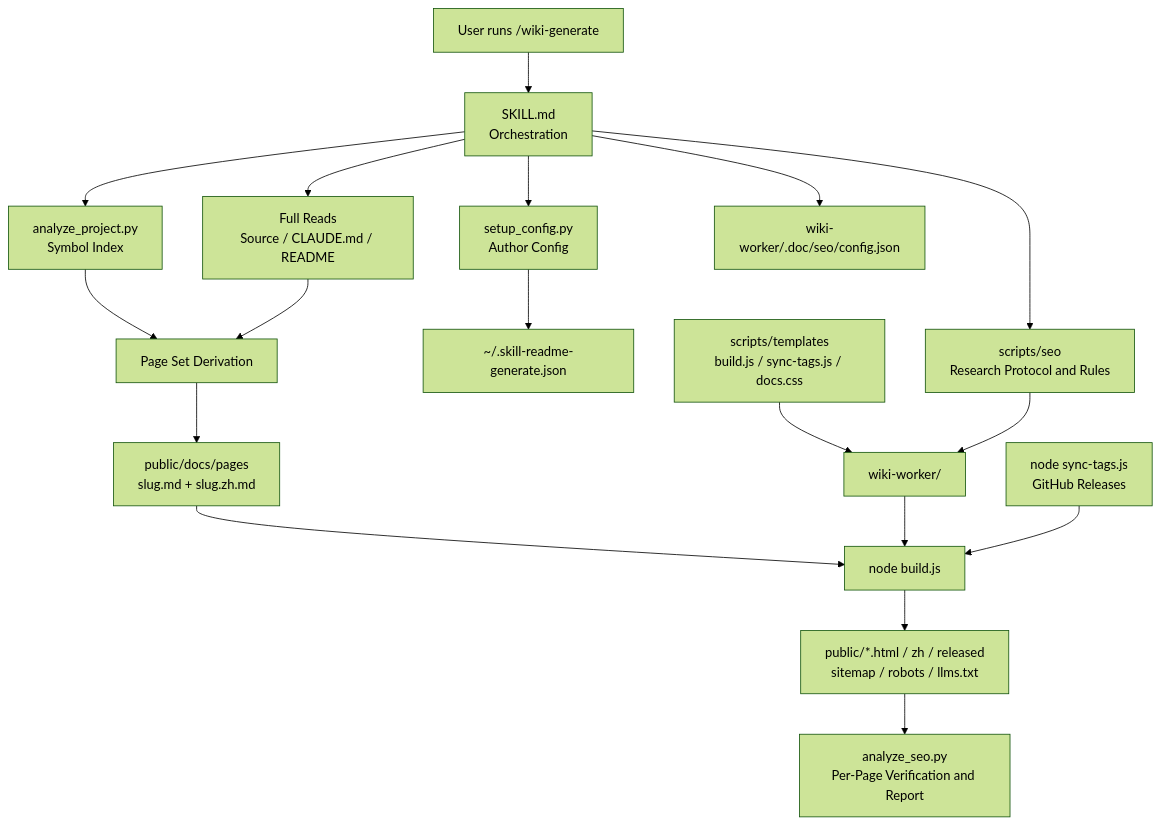
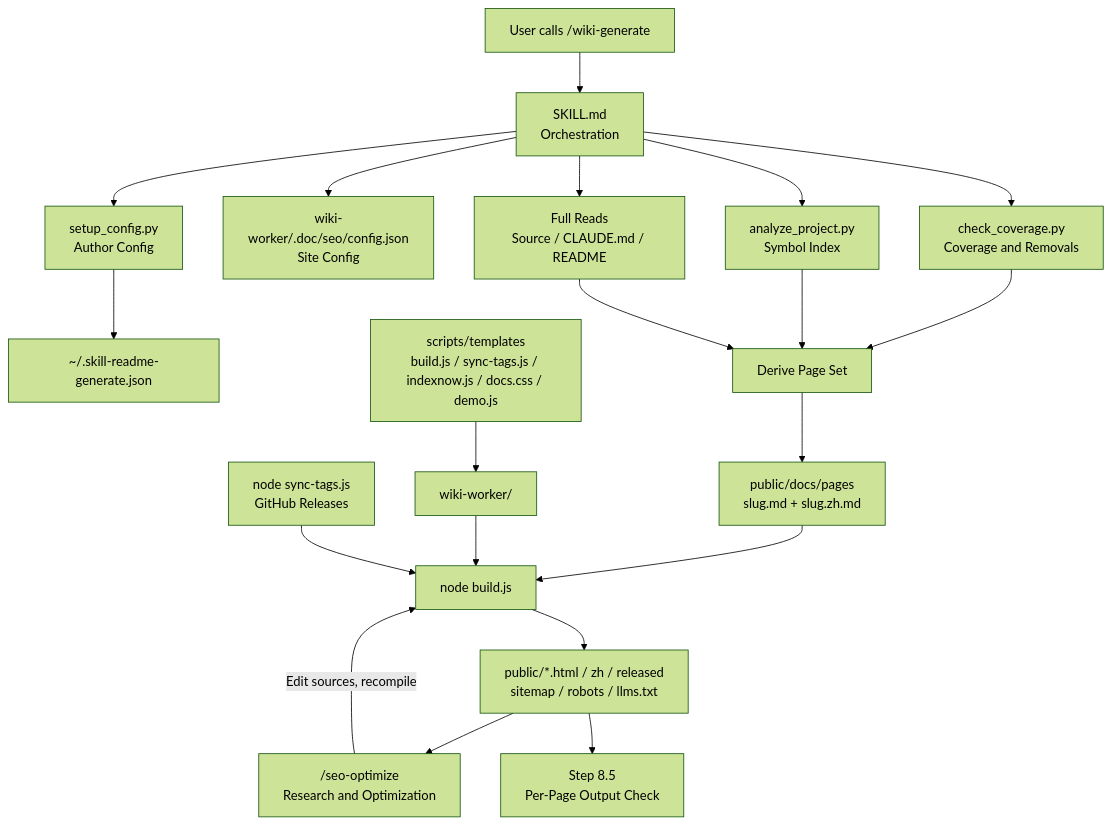
Before and after one commit to agenvoy/skill-wiki-generate: the first of 9 diagrams in doc/architecture.md, drawn with Mermaid (forest theme). The commit also changed other lines of this file and 13 other files, not shown here.

Commit message:
breaking: Delegate SEO to /seo-optimize and remove built-in SEO scripts

````diff
--- a/doc/architecture.md
+++ b/doc/architecture.md
@@ -7,20 +7,22 @@
 ```mermaid
 graph TB
-    User[User runs /wiki-generate] --> Skill[SKILL.md<br/>Orchestration]
+    User[User calls /wiki-generate] --> Skill[SKILL.md<br/>Orchestration]
     Skill --> Config[setup_config.py<br/>Author Config]
+    Config --> Author[~/.skill-readme-generate.json]
+    Skill --> SiteCfg[wiki-worker/.doc/seo/config.json<br/>Site Config]
+    Skill --> Coverage[check_coverage.py<br/>Coverage and Removals]
     Skill --> Analyze[analyze_project.py<br/>Symbol Index]
     Skill --> Read[Full Reads<br/>Source / CLAUDE.md / README]
-    Skill --> Research[scripts/seo<br/>Research Protocol and Rules]
-    Config --> Author[~/.skill-readme-generate.json]
-    Skill --> SiteCfg[wiki-worker/.doc/seo/config.json]
-    Analyze --> Derive[Page Set Derivation]
+    Coverage --> Derive[Derive Page Set]
+    Analyze --> Derive
     Read --> Derive
     Derive --> Pages[public/docs/pages<br/>slug.md + slug.zh.md]
-    Templates[scripts/templates<br/>build.js / sync-tags.js / docs.css] --> Worker[wiki-worker/]
-    Research --> Worker
+    Templates[scripts/templates<br/>build.js / sync-tags.js / indexnow.js / docs.css / demo.js] --> Worker[wiki-worker/]
     Pages --> Build[node build.js]
     Worker --> Build
     Sync[node sync-tags.js<br/>GitHub Releases] --> Build
     Build --> Site[public/*.html / zh / released<br/>sitemap / robots / llms.txt]
-    Site --> Verify[analyze_seo.py<br/>Per-Page Verification and Report]
+    Site --> SEO["/seo-optimize<br/>Research and Optimization"]
+    SEO -->|Edit sources, recompile| Build
+    Site --> Check[Step 8.5<br/>Per-Page Output Check]
 ```
````
